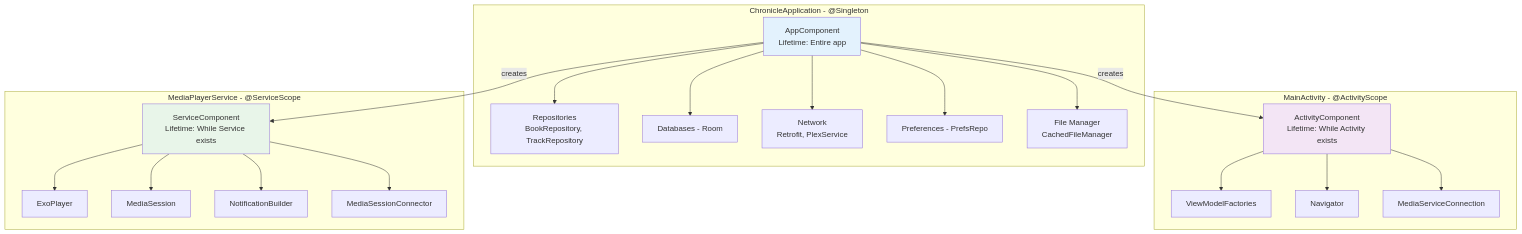
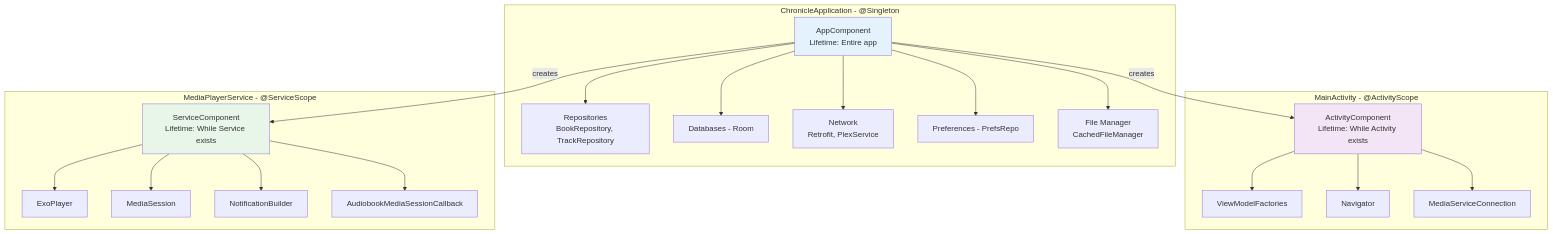
The third of 8 diagrams in backlog/docs/reference/07-visual-guide.md (alebianco/chronicle), drawn with Mermaid before and after one commit. The commit also changed other lines of this file and 29 other files, not shown here.

````diff
--- a/backlog/docs/reference/07-visual-guide.md
+++ b/backlog/docs/reference/07-visual-guide.md
@@ -89,45 +89,45 @@
 ```mermaid
 graph TB
     subgraph "ChronicleApplication - @Singleton"
         A[AppComponent<br/>Lifetime: Entire app]
         A1[Repositories<br/>BookRepository, TrackRepository]
         A2[Databases - Room]
         A3[Network<br/>Retrofit, PlexService]
         A4[Preferences - PrefsRepo]
         A5[File Manager<br/>CachedFileManager]
         A --> A1
         A --> A2
         A --> A3
         A --> A4
         A --> A5
     end
     
     subgraph "MainActivity - @ActivityScope"
         B[ActivityComponent<br/>Lifetime: While Activity exists]
         B1[ViewModelFactories]
         B2[Navigator]
         B3[MediaServiceConnection]
         B --> B1
         B --> B2
         B --> B3
     end
     
     subgraph "MediaPlayerService - @ServiceScope"
         C[ServiceComponent<br/>Lifetime: While Service exists]
         C1[ExoPlayer]
         C2[MediaSession]
         C3[NotificationBuilder]
-        C4[MediaSessionConnector]
+        C4[AudiobookMediaSessionCallback]
         C --> C1
         C --> C2
         C --> C3
         C --> C4
     end
     
     A -->|creates| B
     A -->|creates| C
     
     style A fill:#e3f2fd
     style B fill:#f3e5f5
     style C fill:#e8f5e9
 ```
````
